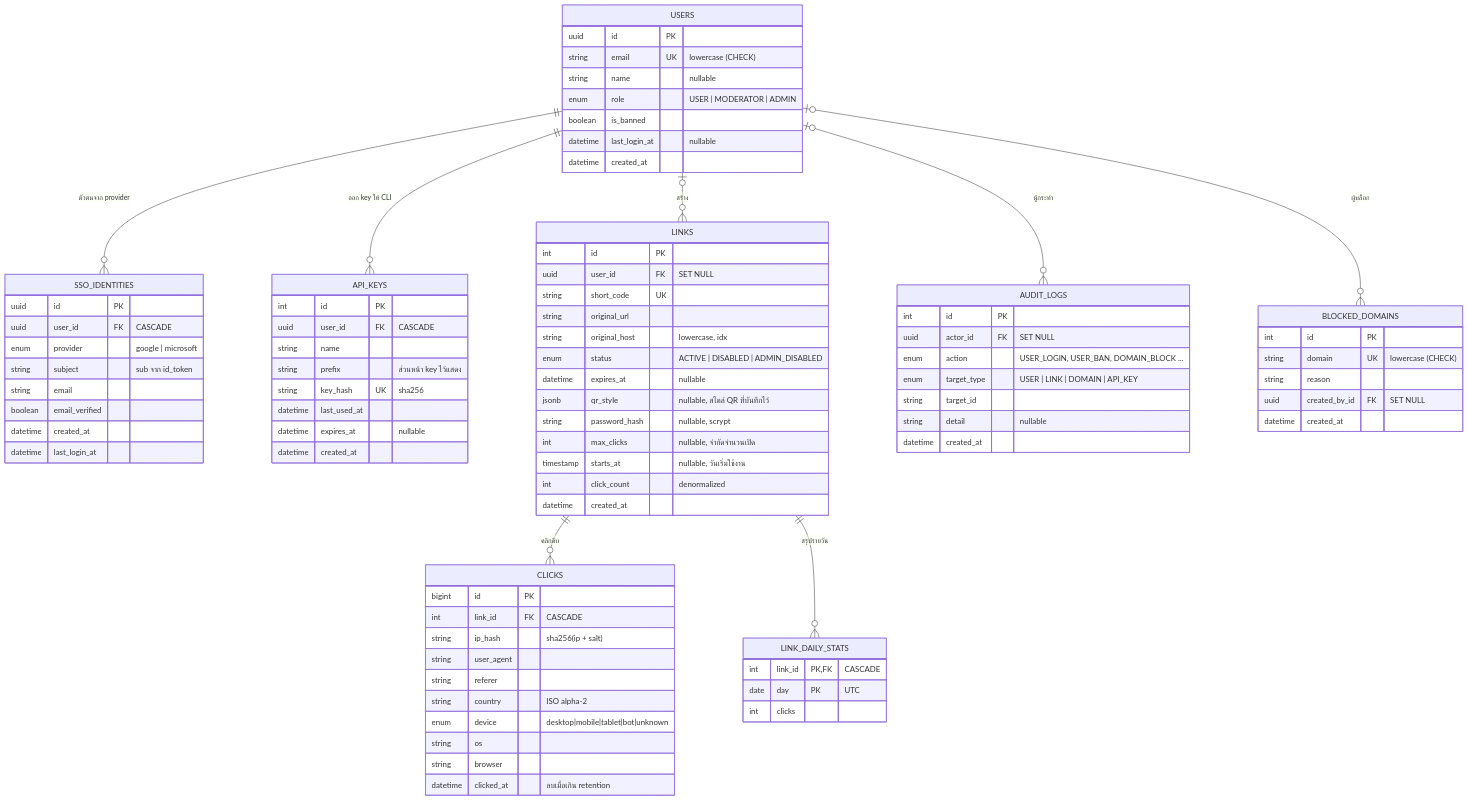
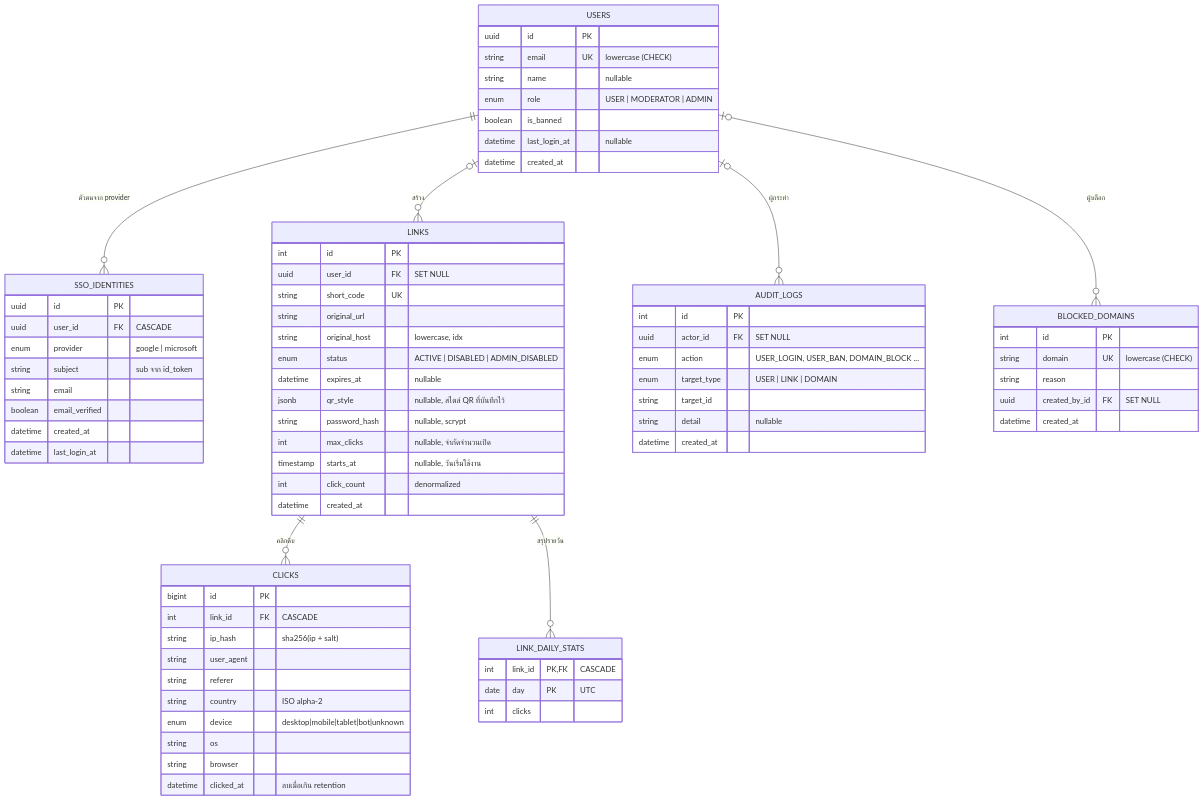
Before and after one commit to Dinozexe/Shorturl: the diagram in docs/er-diagram.md, drawn with Mermaid. The commit also changed other lines of this file and 31 other files, not shown here.

First line of the commit message:
Remove API key functionality and related components

````diff
--- a/docs/er-diagram.md
+++ b/docs/er-diagram.md
@@ -7,7 +7,6 @@
 ```mermaid
 erDiagram
     USERS ||--o{ SSO_IDENTITIES : "ตัวตนจาก provider"
-    USERS ||--o{ API_KEYS : "ออก key ให้ CLI"
     USERS |o--o{ LINKS : "สร้าง"
     USERS |o--o{ AUDIT_LOGS : "ผู้กระทำ"
     USERS |o--o{ BLOCKED_DOMAINS : "ผู้บล็อก"
@@ -32,16 +31,6 @@
         boolean email_verified
         datetime created_at
         datetime last_login_at
-    }
-    API_KEYS {
-        int id PK
-        uuid user_id FK "CASCADE"
-        string name
-        string prefix "ส่วนหน้า key ไว้แสดง"
-        string key_hash UK "sha256"
-        datetime last_used_at
-        datetime expires_at "nullable"
-        datetime created_at
     }
     LINKS {
         int id PK
@@ -86,7 +75,7 @@
         int id PK
         uuid actor_id FK "SET NULL"
         enum action "USER_LOGIN, USER_BAN, DOMAIN_BLOCK ..."
-        enum target_type "USER | LINK | DOMAIN | API_KEY"
+        enum target_type "USER | LINK | DOMAIN"
         string target_id
         string detail "nullable"
         datetime created_at
````
